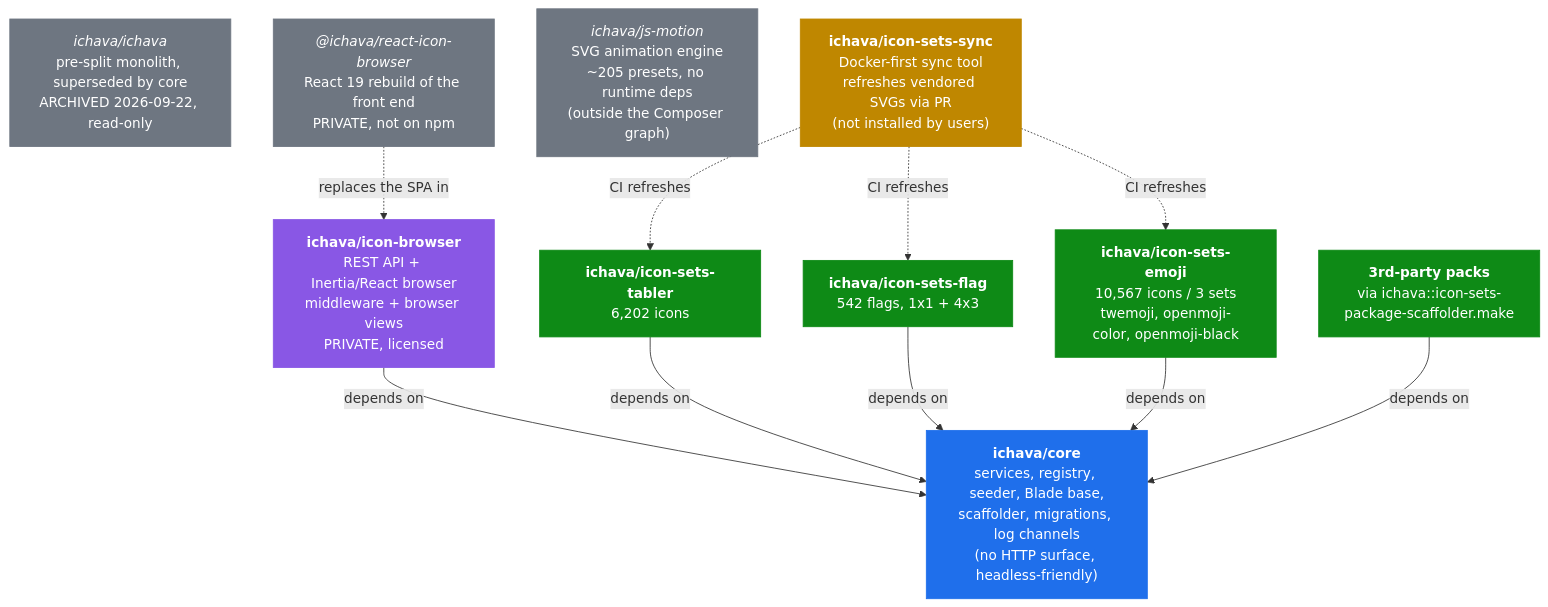
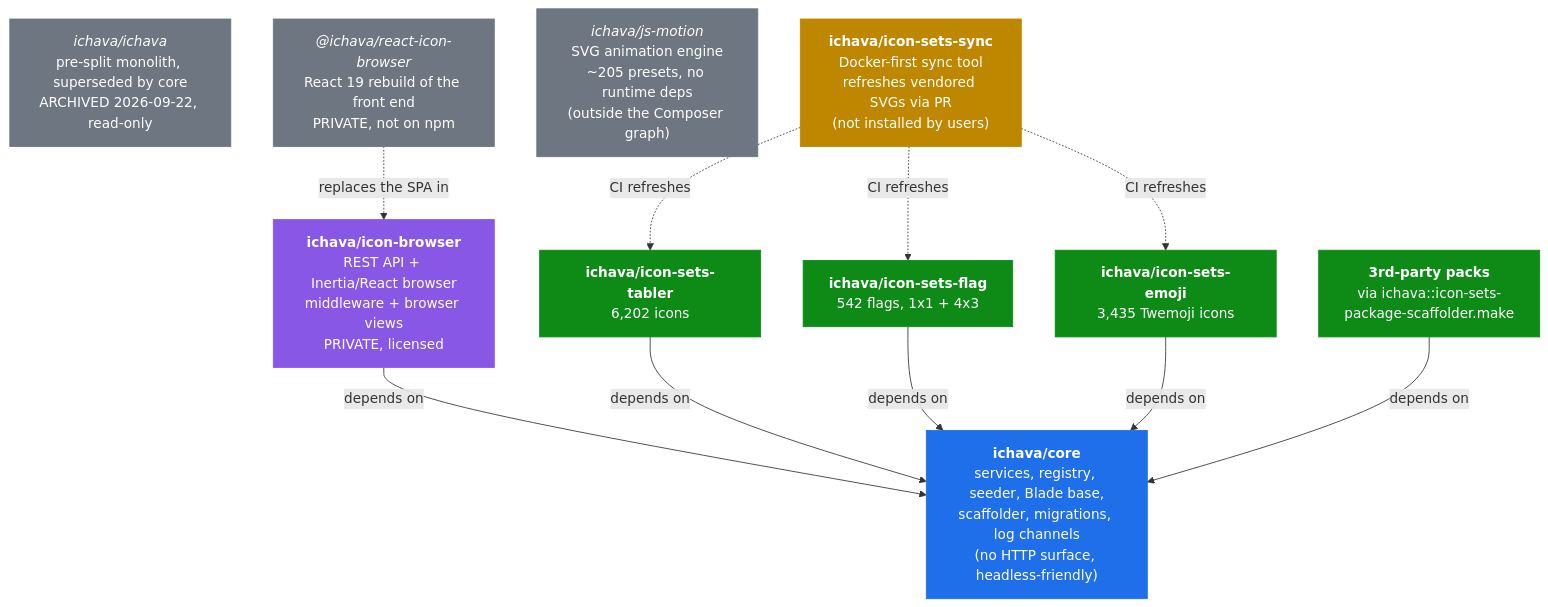
Before and after one commit to ichava/core: the first of 3 diagrams in docs/architecture.md, drawn with Mermaid. The commit also changed 22 other files, not shown here.

````diff
--- a/docs/architecture.md
+++ b/docs/architecture.md
@@ -27,34 +27,34 @@
 ```mermaid
 flowchart TB
     core["<b>ichava/core</b><br/>services, registry, seeder, Blade base,<br/>scaffolder, migrations, log channels<br/>(no HTTP surface, headless-friendly)"]
     browser["<b>ichava/icon-browser</b><br/>REST API + Inertia/React browser<br/>middleware + browser views<br/>PRIVATE, licensed"]
     tabler["<b>ichava/icon-sets-tabler</b><br/>6,202 icons"]
     flag["<b>ichava/icon-sets-flag</b><br/>542 flags, 1x1 + 4x3"]
-    emoji["<b>ichava/icon-sets-emoji</b><br/>10,567 icons / 3 sets<br/>twemoji, openmoji-color, openmoji-black"]
+    emoji["<b>ichava/icon-sets-emoji</b><br/>3,435 Twemoji icons"]
     third["<b>3rd-party packs</b><br/>via ichava::icon-sets-package-scaffolder.make"]
     meta["<i>ichava/ichava</i><br/>pre-split monolith, superseded by core<br/>ARCHIVED 2026-09-22, read-only"]
     toolkit["<b>ichava/icon-sets-sync</b><br/>Docker-first sync tool<br/>refreshes vendored SVGs via PR<br/>(not installed by users)"]
     motion["<i>ichava/js-motion</i><br/>SVG animation engine<br/>~205 presets, no runtime deps<br/>(outside the Composer graph)"]
     react["<i>@ichava/react-icon-browser</i><br/>React 19 rebuild of the front end<br/>PRIVATE, not on npm"]
 
     browser -- depends on --> core
     tabler -- depends on --> core
     flag -- depends on --> core
     emoji -- depends on --> core
     third -- depends on --> core
     toolkit -. CI refreshes .-> tabler
     toolkit -. CI refreshes .-> flag
     toolkit -. CI refreshes .-> emoji
     react -. replaces the SPA in .-> browser
 
     classDef engine fill:#1f6feb,stroke:#1f6feb,color:#fff
     classDef http fill:#8957e5,stroke:#8957e5,color:#fff
     classDef pack fill:#0e8a16,stroke:#0e8a16,color:#fff
     classDef other fill:#6e7681,stroke:#6e7681,color:#fff
     classDef tooling fill:#bf8700,stroke:#bf8700,color:#fff
     class core engine
     class browser http
     class tabler,flag,emoji,third pack
     class meta,motion,react other
     class toolkit tooling
 ```
````
